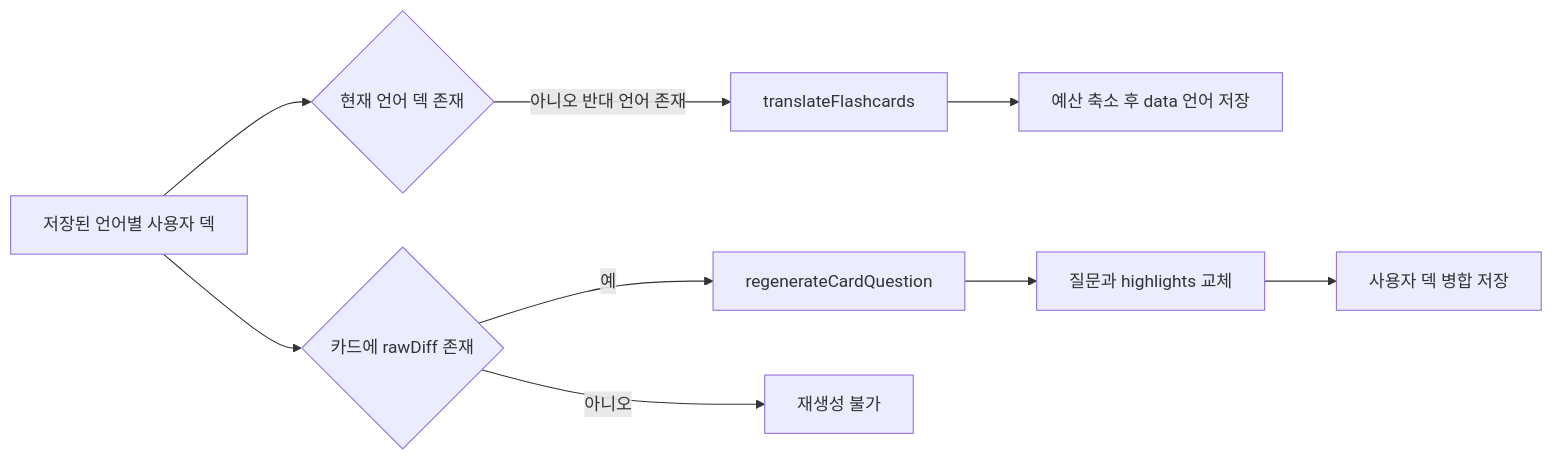
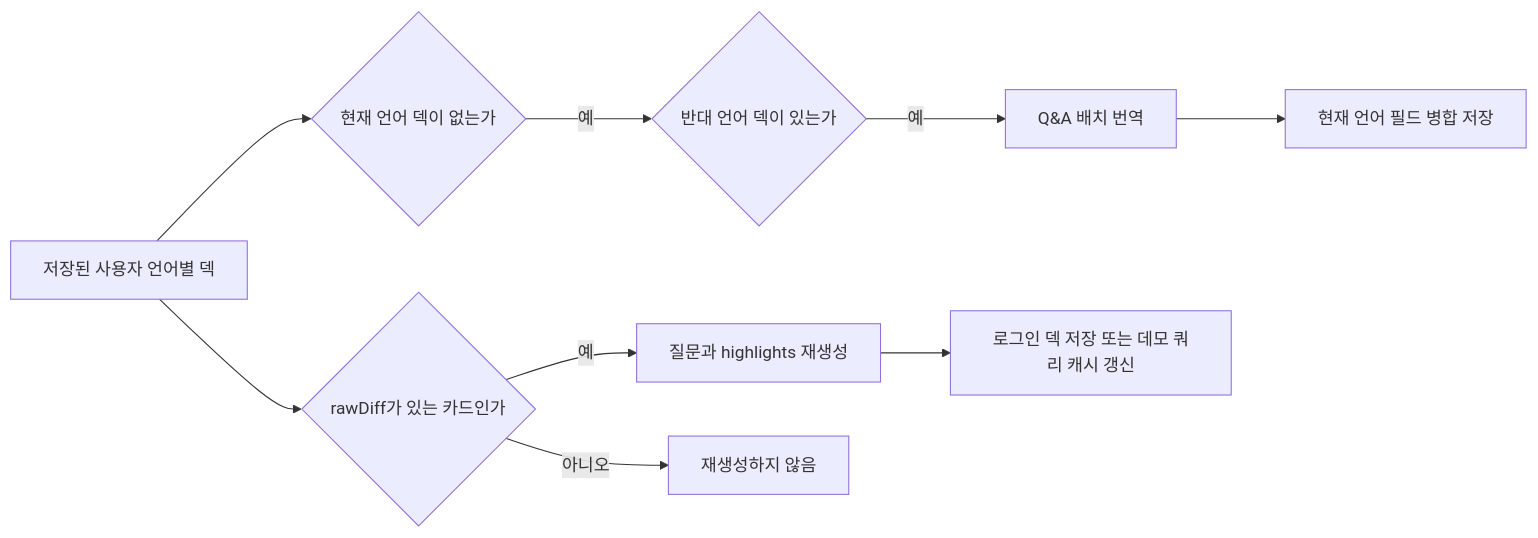
The second of 2 diagrams in openwiki/flashcard/generation-paths.md (chucoding/code-recall), drawn with Mermaid before and after one commit. The commit also changed other lines of this file and 26 other files, not shown here.

````diff
--- a/openwiki/flashcard/generation-paths.md
+++ b/openwiki/flashcard/generation-paths.md
@@ -128,11 +121,11 @@
 ```mermaid
 flowchart LR
-  Stored["저장된 언어별 사용자 덱"] --> Switch{"현재 언어 덱 존재"}
-  Switch -->|"아니오 반대 언어 존재"| Translation["translateFlashcards"]
-  Translation --> Merge["예산 축소 후 data 언어 저장"]
-  Stored --> RawDiff{"카드에 rawDiff 존재"}
-  RawDiff -->|"예"| Regen["regenerateCardQuestion"]
-  Regen --> Updated["질문과 highlights 교체"]
-  Updated --> UserMerge["사용자 덱 병합 저장"]
-  RawDiff -->|"아니오"| NoRegen["재생성 불가"]
+  Deck["저장된 사용자 언어별 덱"] --> Missing{"현재 언어 덱이 없는가"}
+  Missing -->|"예"| Source{"반대 언어 덱이 있는가"}
+  Source -->|"예"| Batch["Q&A 배치 번역"]
+  Batch --> LangSave["현재 언어 필드 병합 저장"]
+  Deck --> Diff{"rawDiff가 있는 카드인가"}
+  Diff -->|"예"| Regen["질문과 highlights 재생성"]
+  Regen --> UserSave["로그인 덱 저장 또는 데모 쿼리 캐시 갱신"]
+  Diff -->|"아니오"| Unavailable["재생성하지 않음"]
 ```
````
